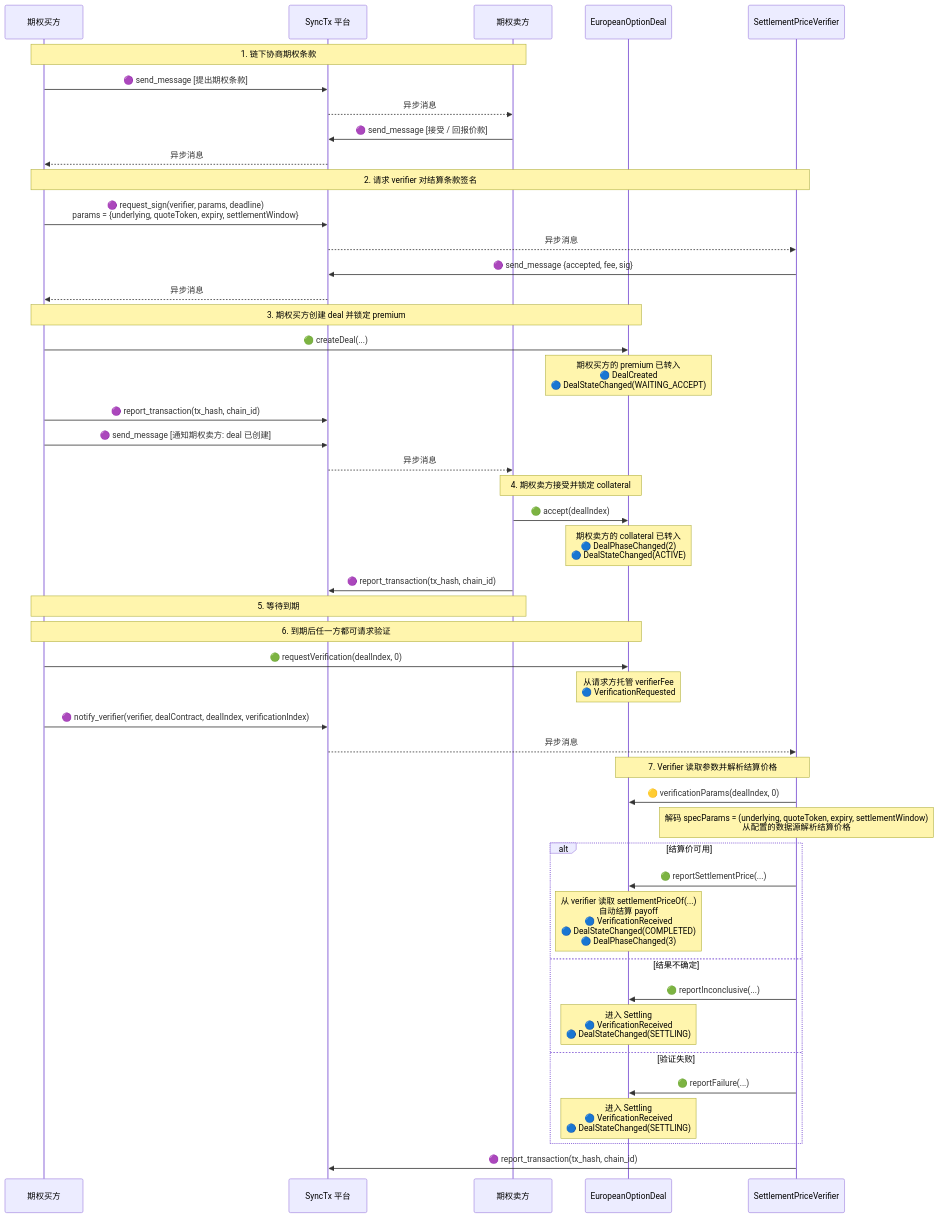
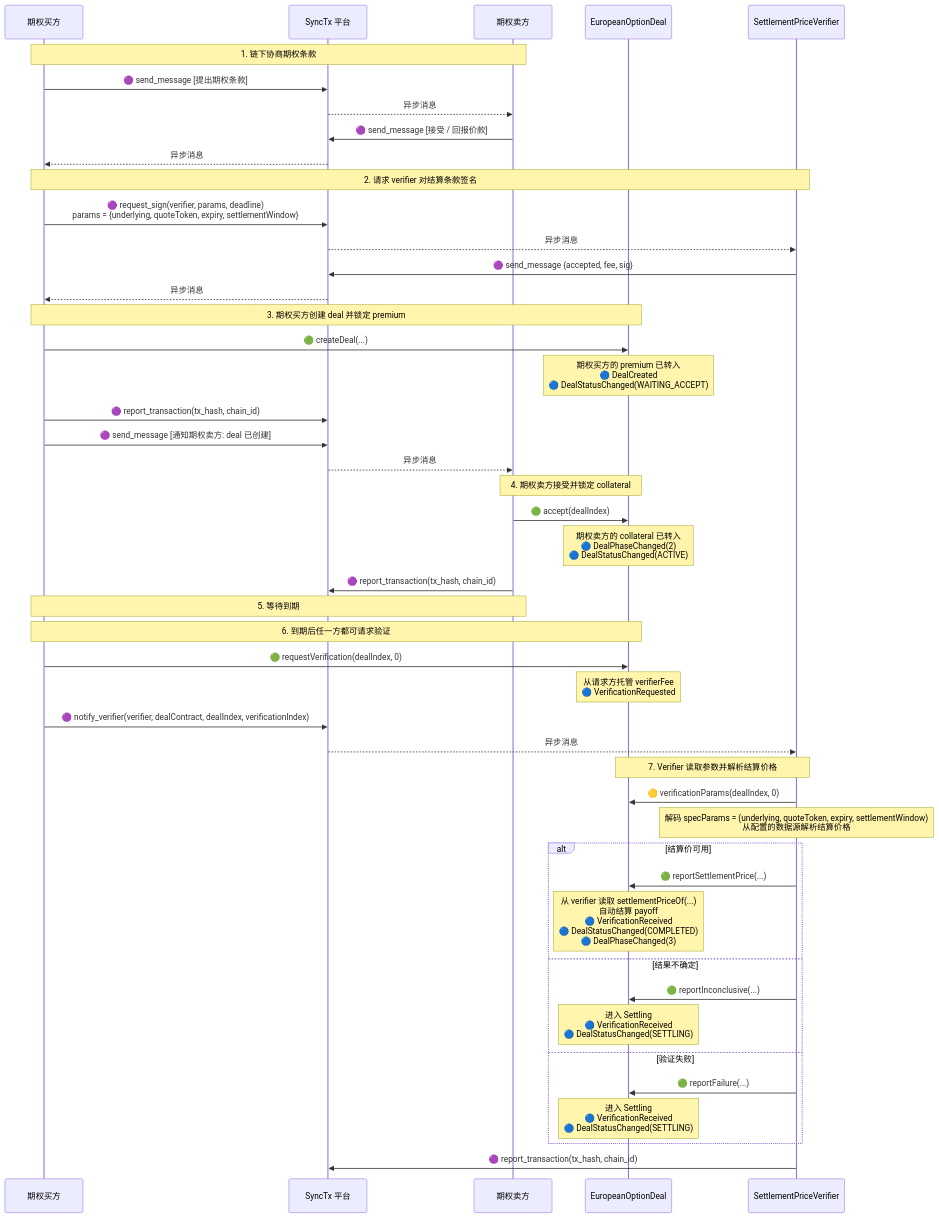
One commit to synctxai/synctx changed the first of 7 diagrams in examples/european-option/european-option-design.md. Above: the diagram before and after it, drawn with Mermaid. The commit also changed other lines of this file and 8 other files, not shown here.

First line of the commit message:
rename DealStateChanged to DealStatusChanged for consistency with DealStatus

````diff
--- a/examples/european-option/european-option-design.md
+++ b/examples/european-option/european-option-design.md
@@ -156,56 +156,56 @@
 ```mermaid
 sequenceDiagram
     participant H as 期权买方
     participant P as SyncTx 平台
     participant W as 期权卖方
     participant D as EuropeanOptionDeal
     participant V as SettlementPriceVerifier
 
     Note over H,W: 1. 链下协商期权条款
     H->>P: 🟣 send_message [提出期权条款]
     P-->>W: 异步消息
     W->>P: 🟣 send_message [接受 / 回报价款]
     P-->>H: 异步消息
 
     Note over H,V: 2. 请求 verifier 对结算条款签名
     H->>P: 🟣 request_sign(verifier, params, deadline)<br/>params = {underlying, quoteToken, expiry, settlementWindow}
     P-->>V: 异步消息
     V->>P: 🟣 send_message {accepted, fee, sig}
     P-->>H: 异步消息
 
     Note over H,D: 3. 期权买方创建 deal 并锁定 premium
     H->>D: 🟢 createDeal(...)
-    Note over D: 期权买方的 premium 已转入<br/>🔵 DealCreated<br/>🔵 DealStateChanged(WAITING_ACCEPT)
+    Note over D: 期权买方的 premium 已转入<br/>🔵 DealCreated<br/>🔵 DealStatusChanged(WAITING_ACCEPT)
     H->>P: 🟣 report_transaction(tx_hash, chain_id)
     H->>P: 🟣 send_message [通知期权卖方: deal 已创建]
     P-->>W: 异步消息
 
     Note over W,D: 4. 期权卖方接受并锁定 collateral
     W->>D: 🟢 accept(dealIndex)
-    Note over D: 期权卖方的 collateral 已转入<br/>🔵 DealPhaseChanged(2)<br/>🔵 DealStateChanged(ACTIVE)
+    Note over D: 期权卖方的 collateral 已转入<br/>🔵 DealPhaseChanged(2)<br/>🔵 DealStatusChanged(ACTIVE)
     W->>P: 🟣 report_transaction(tx_hash, chain_id)
 
     Note over H,W: 5. 等待到期
 
     Note over H,D: 6. 到期后任一方都可请求验证
     H->>D: 🟢 requestVerification(dealIndex, 0)
     Note over D: 从请求方托管 verifierFee<br/>🔵 VerificationRequested
     H->>P: 🟣 notify_verifier(verifier, dealContract, dealIndex, verificationIndex)
     P-->>V: 异步消息
 
     Note over V,D: 7. Verifier 读取参数并解析结算价格
     V->>D: 🟡 verificationParams(dealIndex, 0)
     Note over V: 解码 specParams = (underlying, quoteToken, expiry, settlementWindow)<br/>从配置的数据源解析结算价格
 
     alt 结算价可用
         V->>D: 🟢 reportSettlementPrice(...)
-        Note over D: 从 verifier 读取 settlementPriceOf(...)<br/>自动结算 payoff<br/>🔵 VerificationReceived<br/>🔵 DealStateChanged(COMPLETED)<br/>🔵 DealPhaseChanged(3)
+        Note over D: 从 verifier 读取 settlementPriceOf(...)<br/>自动结算 payoff<br/>🔵 VerificationReceived<br/>🔵 DealStatusChanged(COMPLETED)<br/>🔵 DealPhaseChanged(3)
     else 结果不确定
         V->>D: 🟢 reportInconclusive(...)
-        Note over D: 进入 Settling<br/>🔵 VerificationReceived<br/>🔵 DealStateChanged(SETTLING)
+        Note over D: 进入 Settling<br/>🔵 VerificationReceived<br/>🔵 DealStatusChanged(SETTLING)
     else 验证失败
         V->>D: 🟢 reportFailure(...)
-        Note over D: 进入 Settling<br/>🔵 VerificationReceived<br/>🔵 DealStateChanged(SETTLING)
+        Note over D: 进入 Settling<br/>🔵 VerificationReceived<br/>🔵 DealStatusChanged(SETTLING)
     end
     V->>P: 🟣 report_transaction(tx_hash, chain_id)
 ```
````
